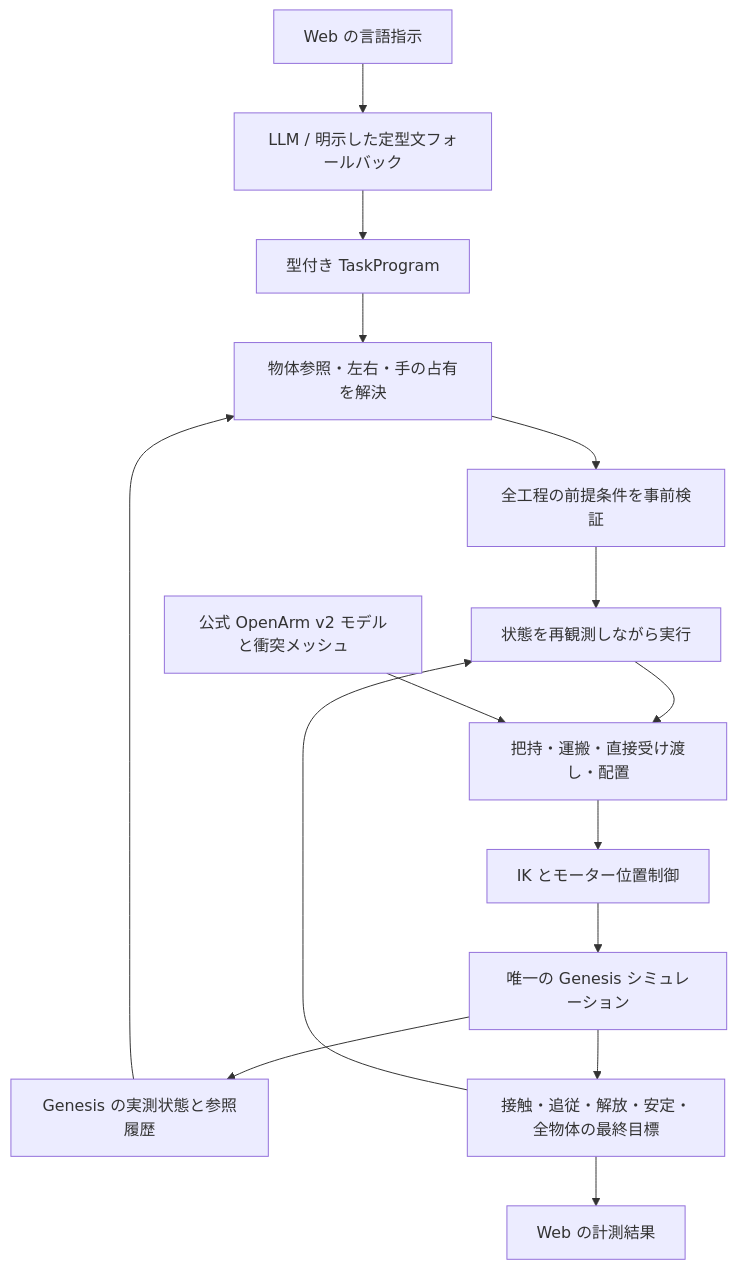
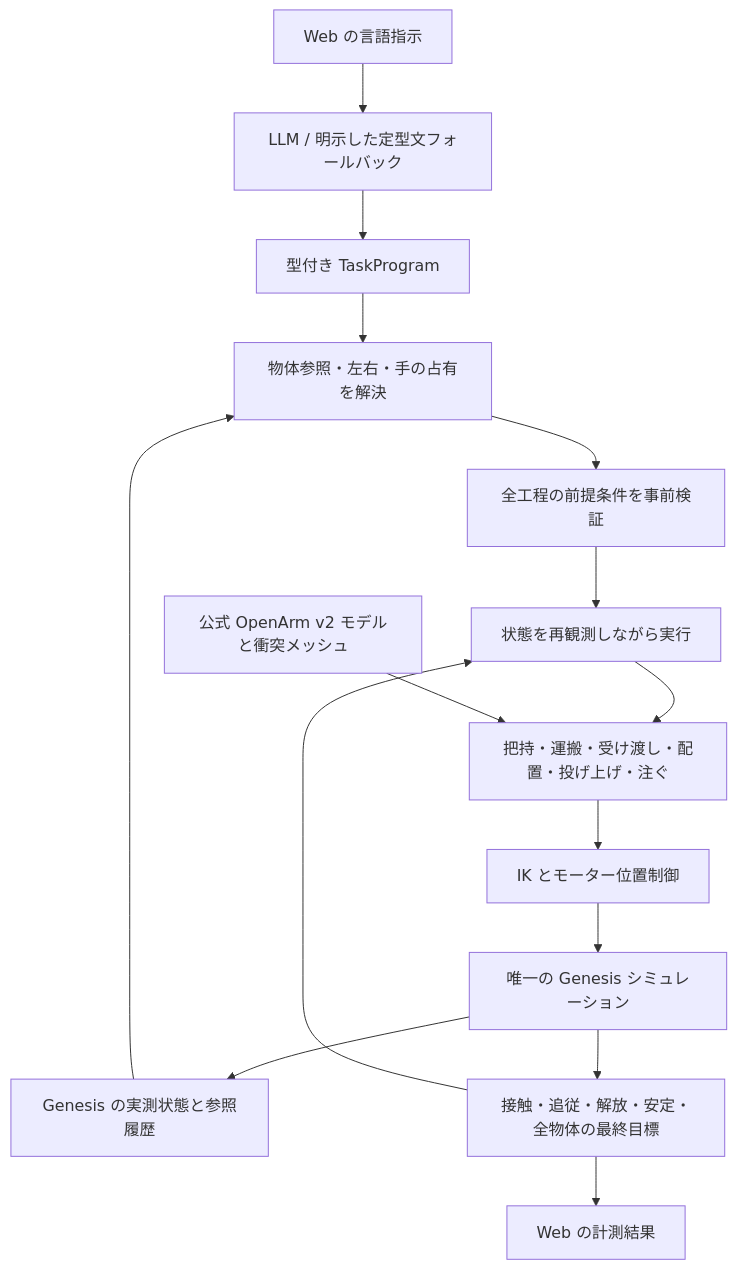
Before and after one commit to syun88/Sim-Agent: the diagram in README.md, drawn with Mermaid. The commit also changed other lines of this file and 67 other files, not shown here.

````diff
--- a/README.md
+++ b/README.md
@@ -71,17 +194,17 @@
 ```mermaid
 flowchart TD
     Input[Web の言語指示] --> Language[LLM / 明示した定型文フォールバック]
     Language --> Program[型付き TaskProgram]
     Scene[Genesis の実測状態と参照履歴] --> Grounding[物体参照・左右・手の占有を解決]
     Program --> Grounding
     Grounding --> Validator[全工程の前提条件を事前検証]
     Validator --> Executor[状態を再観測しながら実行]
-    Executor --> Skills[把持・運搬・直接受け渡し・配置]
+    Executor --> Skills[把持・運搬・受け渡し・配置・投げ上げ・注ぐ]
     Model[公式 OpenArm v2 モデルと衝突メッシュ] --> Skills
     Skills --> IK[IK とモーター位置制御]
     IK --> Genesis[唯一の Genesis シミュレーション]
     Genesis --> Scene
     Genesis --> Check[接触・追従・解放・安定・全物体の最終目標]
     Check --> Executor
     Check --> Results[Web の計測結果]
 ```
````
